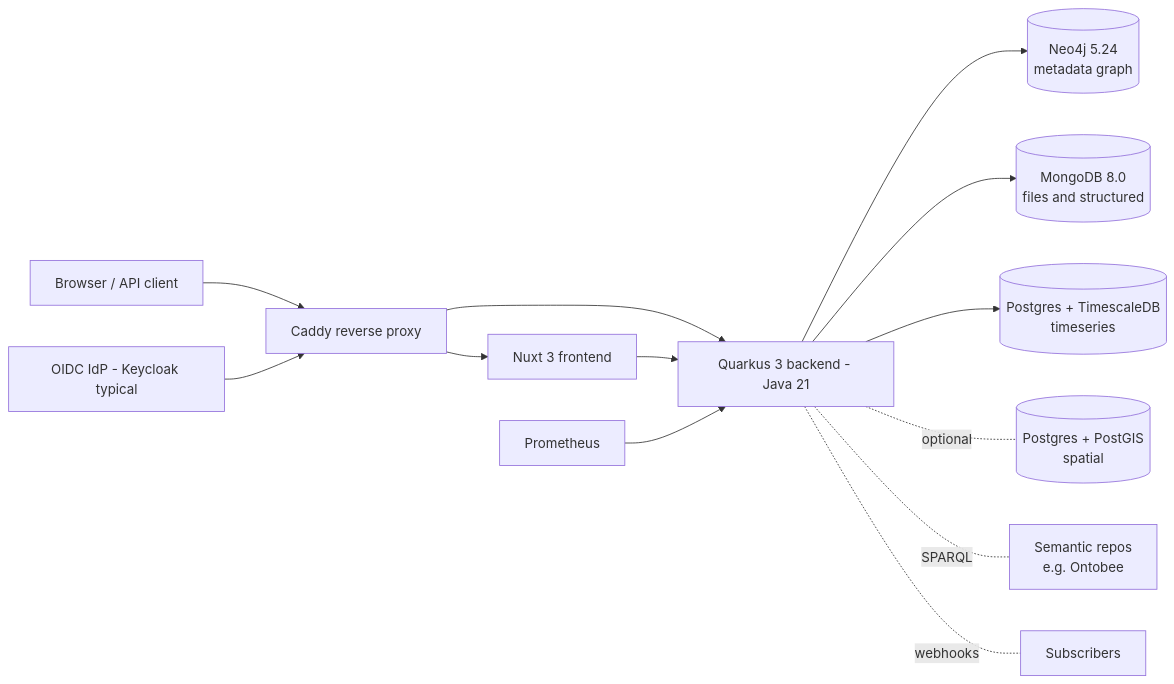
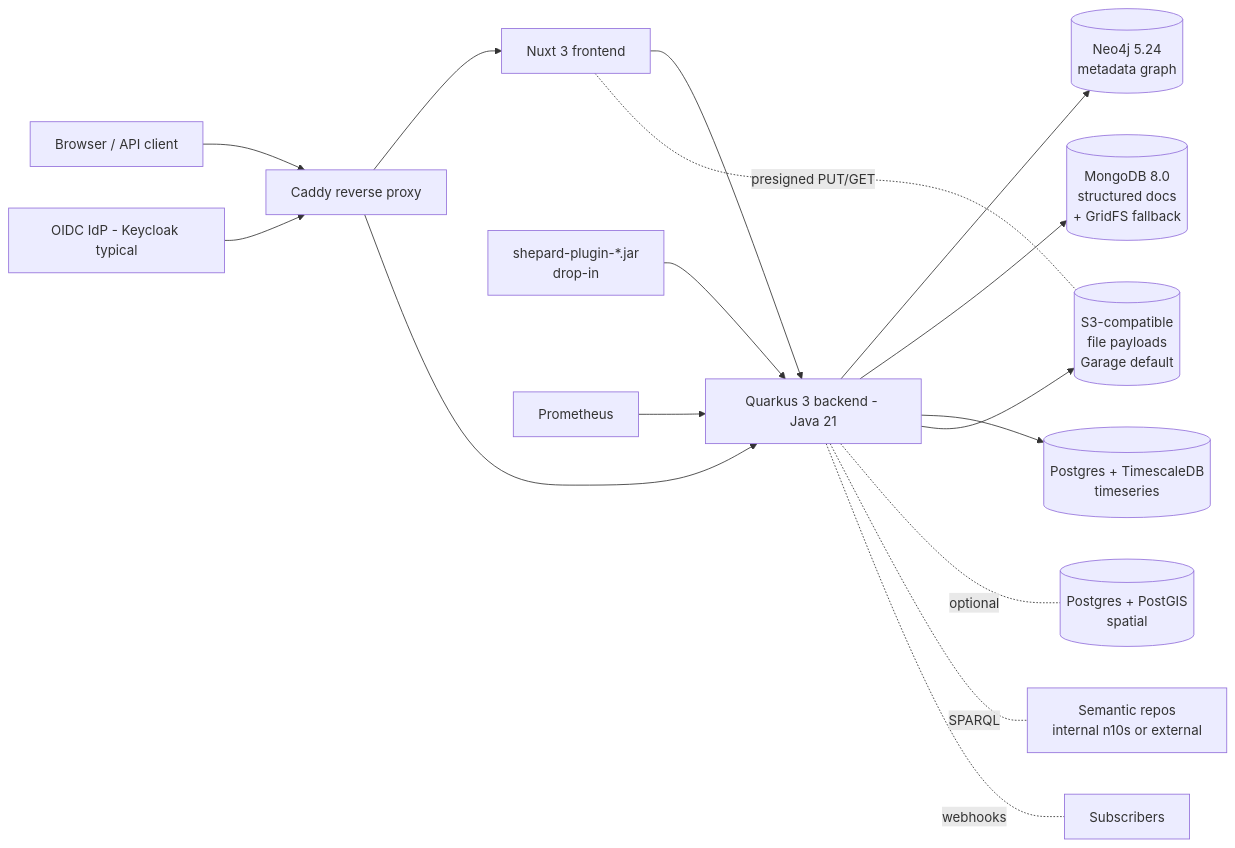
Before and after one commit to noheton/shepard: the diagram in docs/architecture.md, drawn with Mermaid. The commit also changed other lines of this file and 2 other files, not shown here.

First line of the commit message:
docs: refresh landing + architecture for Garage + plugin SPI

```diff
--- a/docs/architecture.md
+++ b/docs/architecture.md
@@ -19,15 +19,18 @@
 <div class="mermaid">
 flowchart LR
   user[Browser / API client] --> caddy[Caddy reverse proxy]
   caddy --> frontend[Nuxt 3 frontend]
   caddy --> backend[Quarkus 3 backend - Java 21]
   frontend --> backend
   backend --> neo4j[(Neo4j 5.24<br/>metadata graph)]
-  backend --> mongo[(MongoDB 8.0<br/>files and structured)]
+  backend --> mongo[(MongoDB 8.0<br/>structured docs<br/>+ GridFS fallback)]
   backend --> ts[(Postgres + TimescaleDB<br/>timeseries)]
+  backend --> s3[(S3-compatible<br/>file payloads<br/>Garage default)]
   backend -. optional .- gis[(Postgres + PostGIS<br/>spatial)]
-  backend -. SPARQL .- semantic[Semantic repos<br/>e.g. Ontobee]
+  backend -. SPARQL .- semantic[Semantic repos<br/>internal n10s or external]
   backend -. webhooks .- subs[Subscribers]
+  frontend -. presigned PUT/GET .- s3
+  plugins[shepard-plugin-*.jar<br/>drop-in] --> backend
   oidc[OIDC IdP - Keycloak typical] --> caddy
   prom[Prometheus] --> backend
 </div>
```
